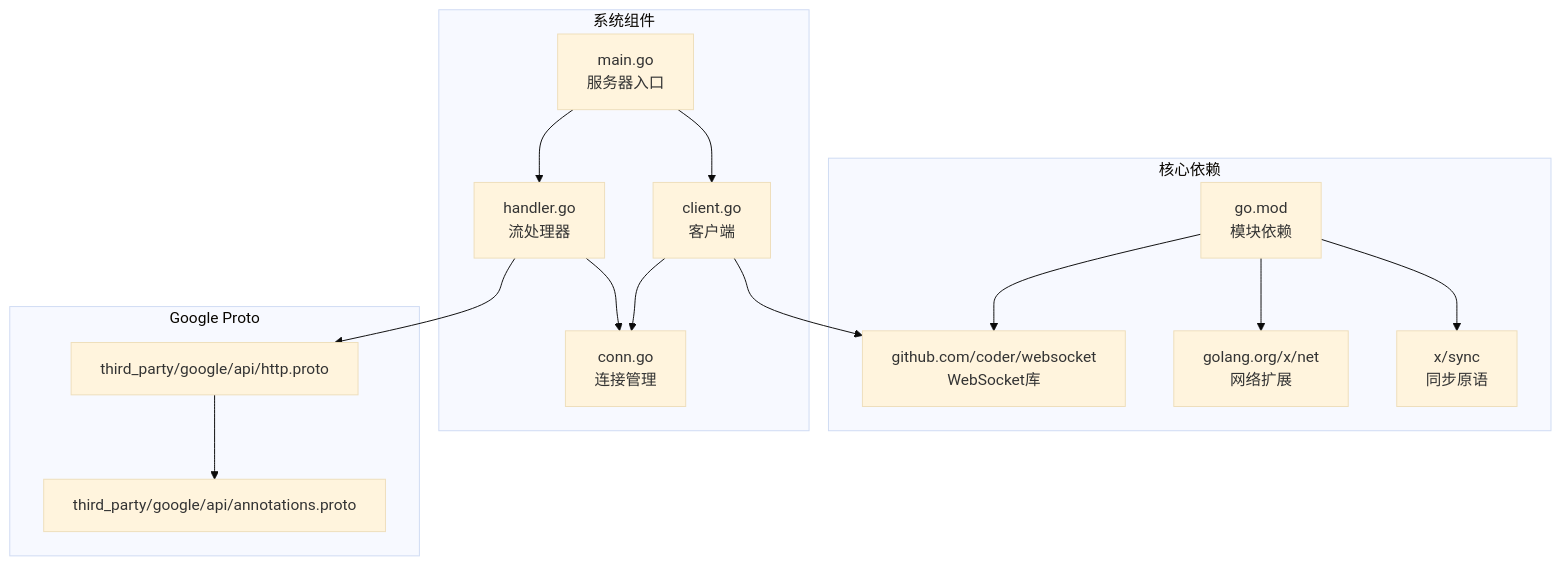
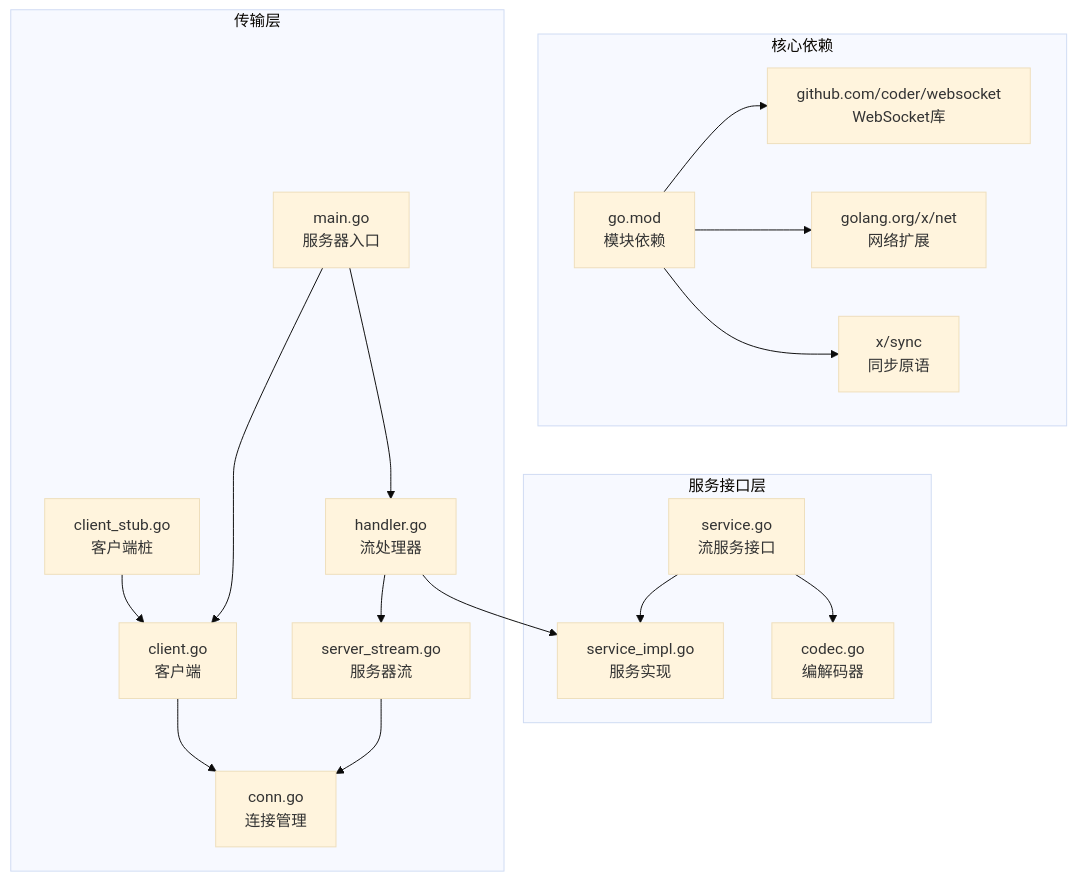
Before and after one commit to soyacen/goose: diagram 15 of 15 in .agents/repowiki/zh/content/示例和最佳实践/WebSocket流式系统.md, drawn with Mermaid (base theme). The commit also changed other lines of this file and 23 other files, not shown here.

First line of the commit message:
Implement WebSocket streaming service with Codec support

````diff
--- a/.agents/repowiki/zh/content/示例和最佳实践/WebSocket流式系统.md
+++ b/.agents/repowiki/zh/content/示例和最佳实践/WebSocket流式系统.md
@@ -393,29 +566,34 @@
 ```mermaid
 graph TB
 subgraph "核心依赖"
 GoMod[go.mod<br/>模块依赖]
 WS[github.com/coder/websocket<br/>WebSocket库]
 NetHTTP[golang.org/x/net<br/>网络扩展]
 Sync[x/sync<br/>同步原语]
 end
-subgraph "系统组件"
-Main[main.go<br/>服务器入口]
+subgraph "服务接口层"
+Service[service.go<br/>流服务接口]
+ServiceImpl[service_impl.go<br/>服务实现]
+Codec[codec.go<br/>编解码器]
+end
+subgraph "传输层"
 Handler[handler.go<br/>流处理器]
+ServerStream[server_stream.go<br/>服务器流]
+ClientStub[client_stub.go<br/>客户端桩]
 Client[client.go<br/>客户端]
 Conn[conn.go<br/>连接管理]
-end
-subgraph "Google Proto"
-HTTPProto[third_party/google/api/http.proto]
-Annotations[third_party/google/api/annotations.proto]
+Main[main.go<br/>服务器入口]
 end
 GoMod --> WS
 GoMod --> NetHTTP
 GoMod --> Sync
+Service --> ServiceImpl
+Service --> Codec
+Handler --> ServerStream
+Handler --> ServiceImpl
+ClientStub --> Client
+Client --> Conn
+ServerStream --> Conn
 Main --> Handler
 Main --> Client
-Handler --> Conn
-Client --> Conn
-HTTPProto --> Annotations
-Handler --> HTTPProto
-Client --> WS
 ```
````
